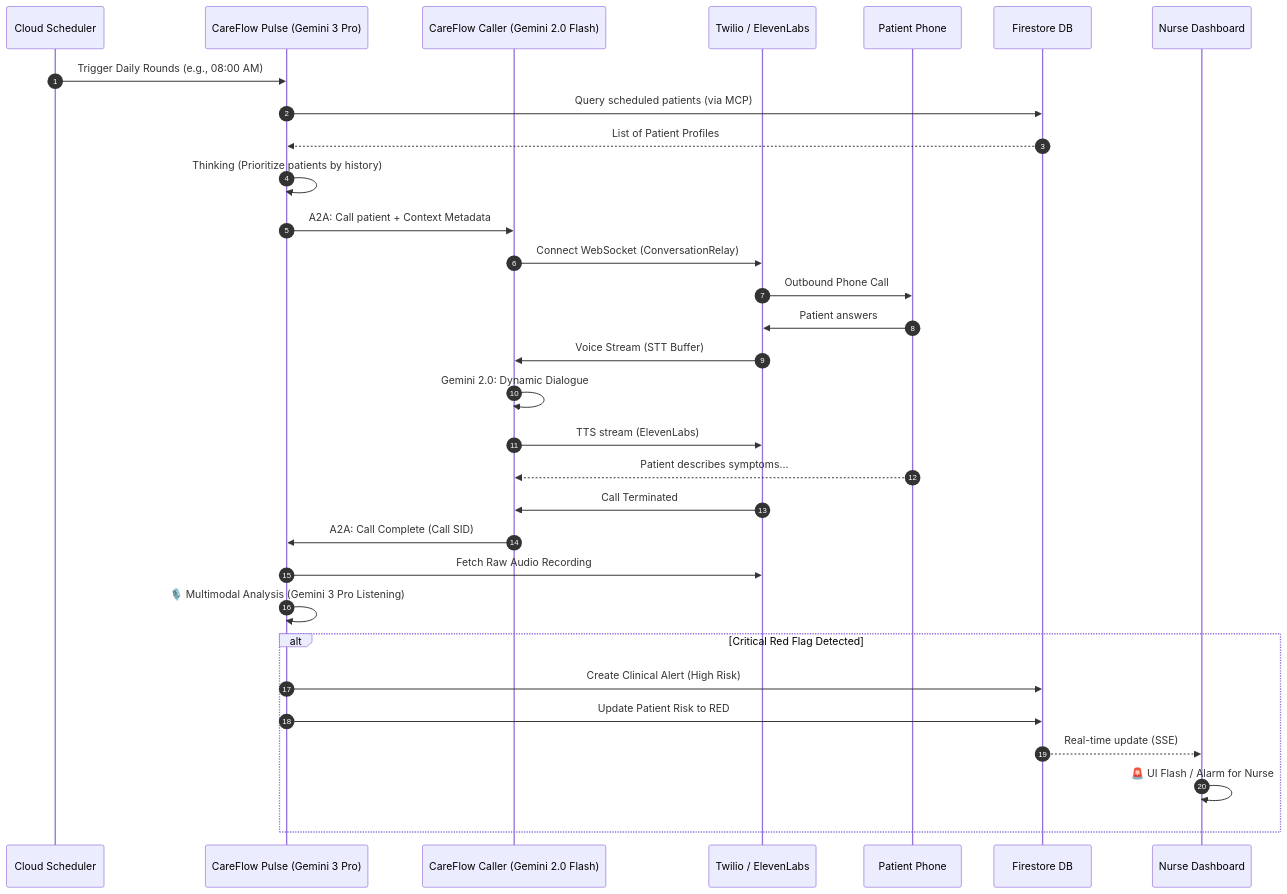
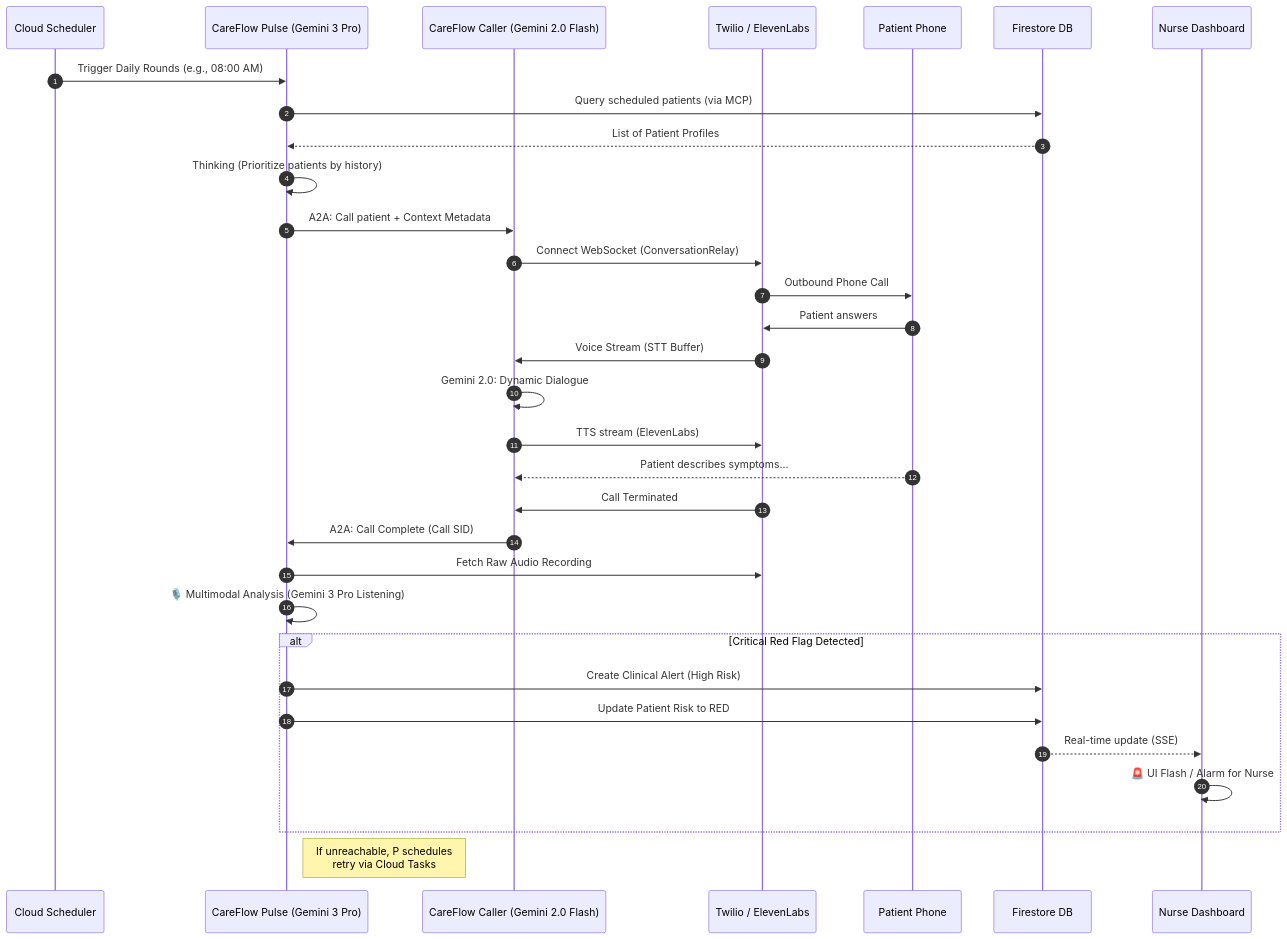
The diagram in ARCHITECTURE.md (ChristChad-mv/careflow), drawn with Mermaid before and after one commit. The commit also changed other lines of this file and 4 other files, not shown here.

````diff
--- a/ARCHITECTURE.md
+++ b/ARCHITECTURE.md
@@ -20,37 +20,40 @@
 ```mermaid
 sequenceDiagram
     autonumber
     participant S as Cloud Scheduler
     participant P as CareFlow Pulse (Gemini 3 Pro)
     participant C as CareFlow Caller (Gemini 2.0 Flash)
     participant T as Twilio / ElevenLabs
     participant Pt as Patient Phone
     participant F as Firestore DB
     participant D as Nurse Dashboard
 
     S->>P: Trigger Daily Rounds (e.g., 08:00 AM)
     P->>F: Query scheduled patients (via MCP)
     F-->>P: List of Patient Profiles
     P->>P: Thinking (Prioritize patients by history)
     
     P->>C: A2A: Call patient + Context Metadata
     C->>T: Connect WebSocket (ConversationRelay)
     T->>Pt: Outbound Phone Call
     Pt->>T: Patient answers
     T->>C: Voice Stream (STT Buffer)
     C->>C: Gemini 2.0: Dynamic Dialogue
     C->>T: TTS stream (ElevenLabs)
     Pt-->>C: Patient describes symptoms...
     
     T->>C: Call Terminated
     C->>P: A2A: Call Complete (Call SID)
     P->>T: Fetch Raw Audio Recording
     P->>P: 🎙️ Multimodal Analysis (Gemini 3 Pro Listening)
     
     alt Critical Red Flag Detected
         P->>F: Create Clinical Alert (High Risk)
         P->>F: Update Patient Risk to RED
         F-->>D: Real-time update (SSE)
         D->>D: 🚨 UI Flash / Alarm for Nurse
     end
+
+    %% Proactive Retry Logic
+    Note right of P: If unreachable, P schedules<br/>retry via Cloud Tasks
 ```
````
